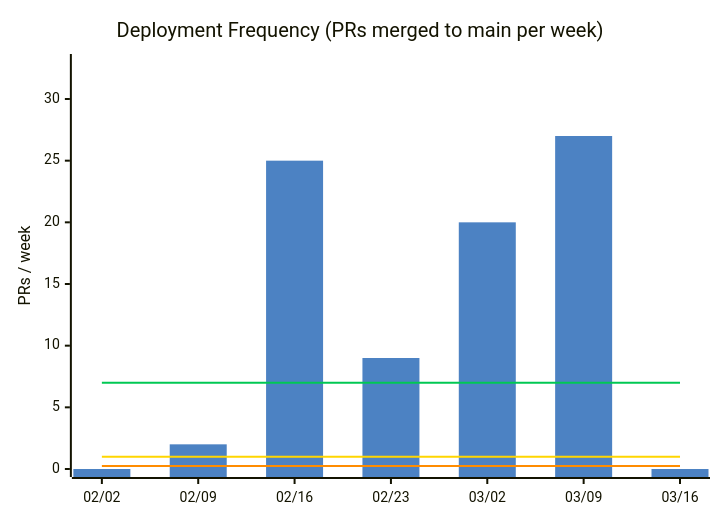
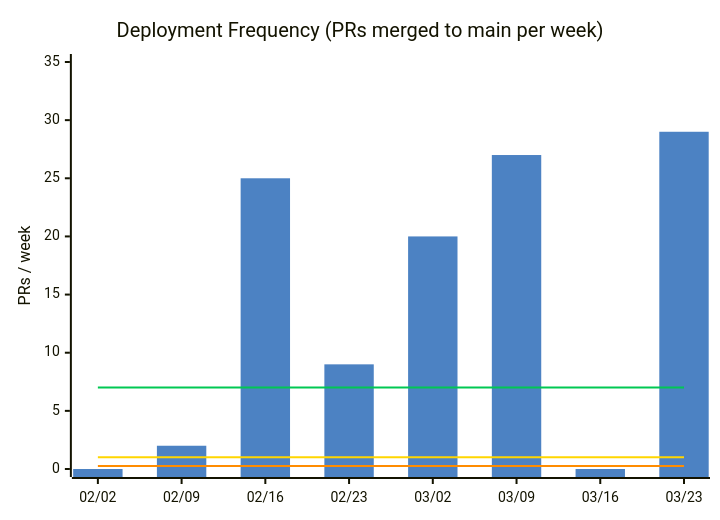
The first of 14 diagrams in docs/metrics.md (nablarch/nabledge-dev), drawn with Mermaid before and after one commit. The commit also changed other lines of this file and 2 other files, not shown here.

````diff
--- a/docs/metrics.md
+++ b/docs/metrics.md
@@ -37,11 +37,11 @@
 ```mermaid
 %%{init: {'theme': 'base', 'themeVariables': {'xyChart': {'plotColorPalette': '#4C82C3,#00C853,#FFD600,#FF8C00'}}}}%%
 xychart-beta
   title "Deployment Frequency (PRs merged to main per week)"
-  x-axis ["02/02", "02/09", "02/16", "02/23", "03/02", "03/09", "03/16"]
-  y-axis "PRs / week" 0 --> 33
-  bar [0, 2, 25, 9, 20, 27, 0]
-  line [7, 7, 7, 7, 7, 7, 7]
-  line [1, 1, 1, 1, 1, 1, 1]
-  line [0.25, 0.25, 0.25, 0.25, 0.25, 0.25, 0.25]
+  x-axis ["02/02", "02/09", "02/16", "02/23", "03/02", "03/09", "03/16", "03/23"]
+  y-axis "PRs / week" 0 --> 35
+  bar [0, 2, 25, 9, 20, 27, 0, 29]
+  line [7, 7, 7, 7, 7, 7, 7, 7]
+  line [1, 1, 1, 1, 1, 1, 1, 1]
+  line [0.25, 0.25, 0.25, 0.25, 0.25, 0.25, 0.25, 0.25]
 ```
````
